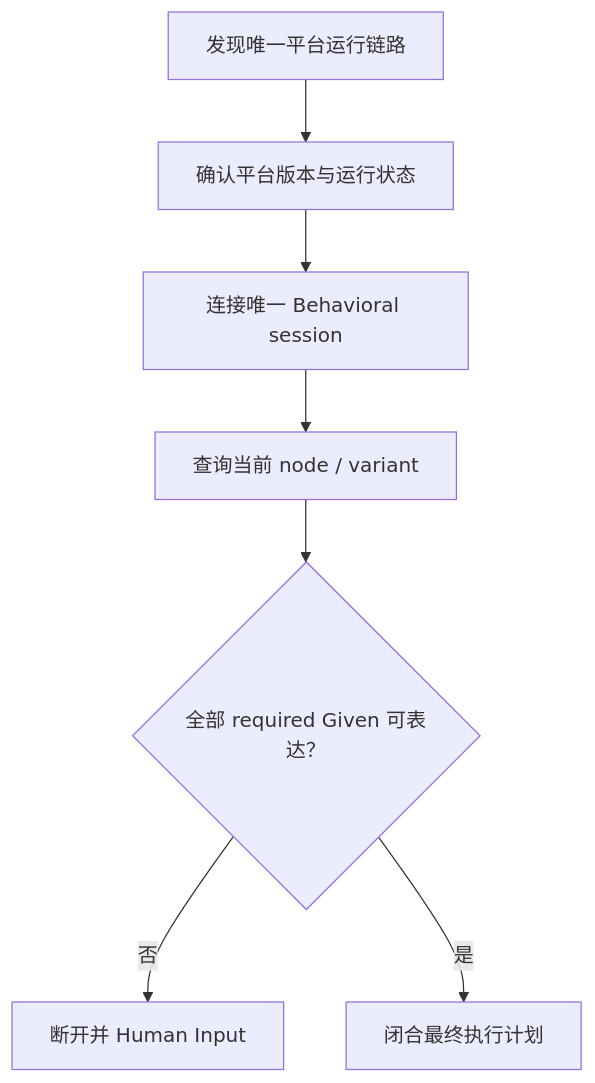
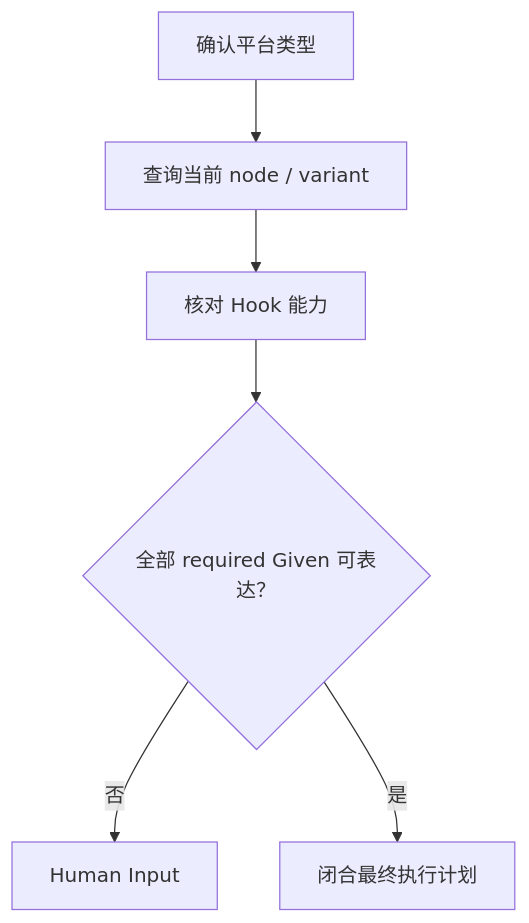
One commit to daihothot/scout changed the third of 5 diagrams in assets/codex/skills/domain-rbt-executor/SKILL.md. Above: the diagram before and after it, drawn with Mermaid. The commit also changed other lines of this file and 24 other files, not shown here.

First line of the commit message:
enhance(rbt): rework execution flow with execute-file and dynamic tools

````diff
--- a/assets/codex/skills/domain-rbt-executor/SKILL.md
+++ b/assets/codex/skills/domain-rbt-executor/SKILL.md
@@ -171,9 +169,8 @@
 ```mermaid
 flowchart TD
-  A["发现唯一平台运行链路"] --> B["确认平台版本与运行状态"]
-  B --> C["连接唯一 Behavioral session"]
-  C --> D["查询当前 node / variant"]
-  D --> E{"全部 required Given 可表达？"}
-  E -- "否" --> F["断开并 Human Input"]
-  E -- "是" --> G["闭合最终执行计划"]
+  A["确认平台类型"] --> B["查询当前 node / variant"]
+  B --> C["核对 Hook 能力"]
+  C --> D{"全部 required Given 可表达？"}
+  D -- "否" --> E["Human Input"]
+  D -- "是" --> F["闭合最终执行计划"]
 ```
````
